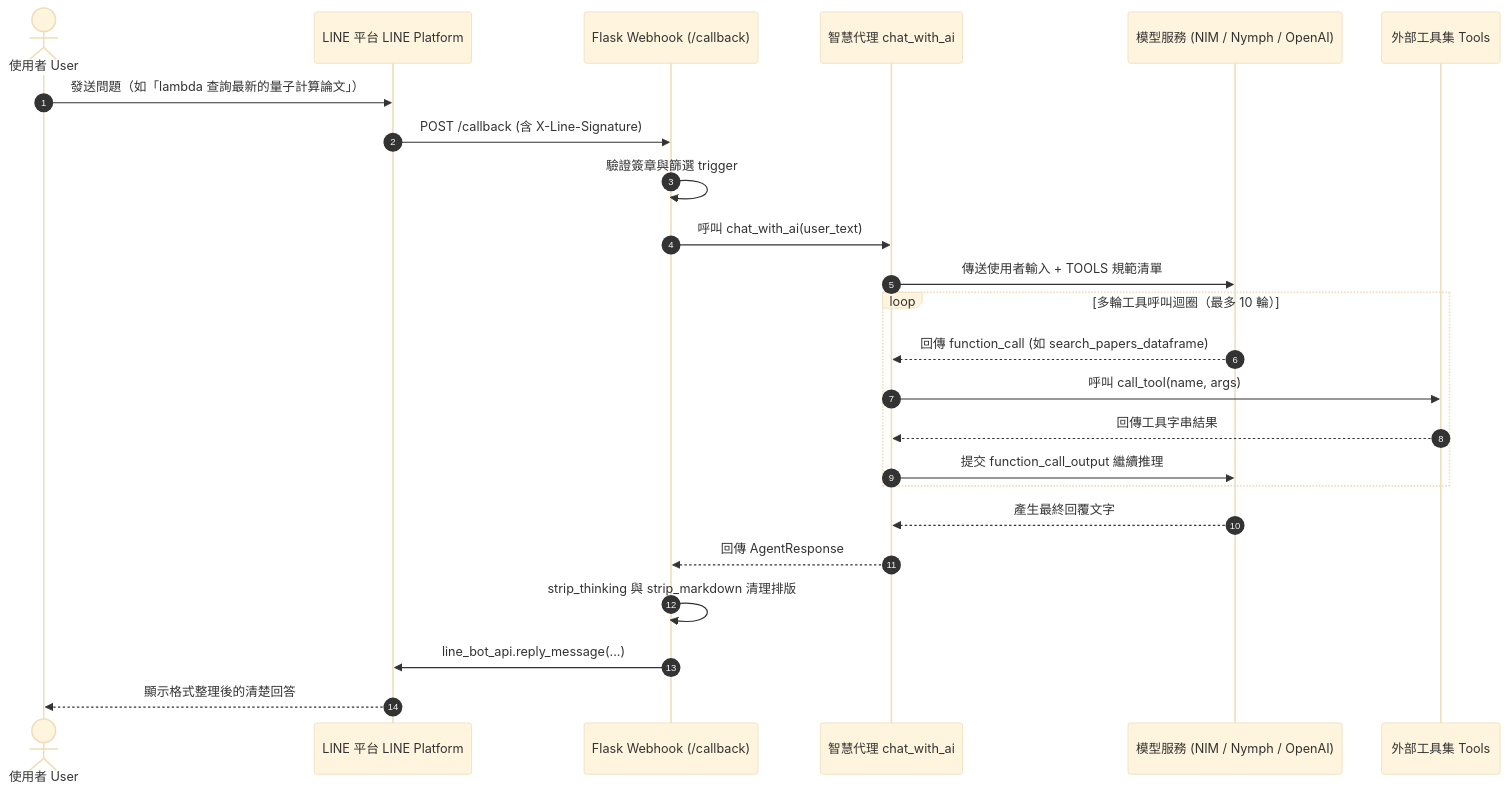
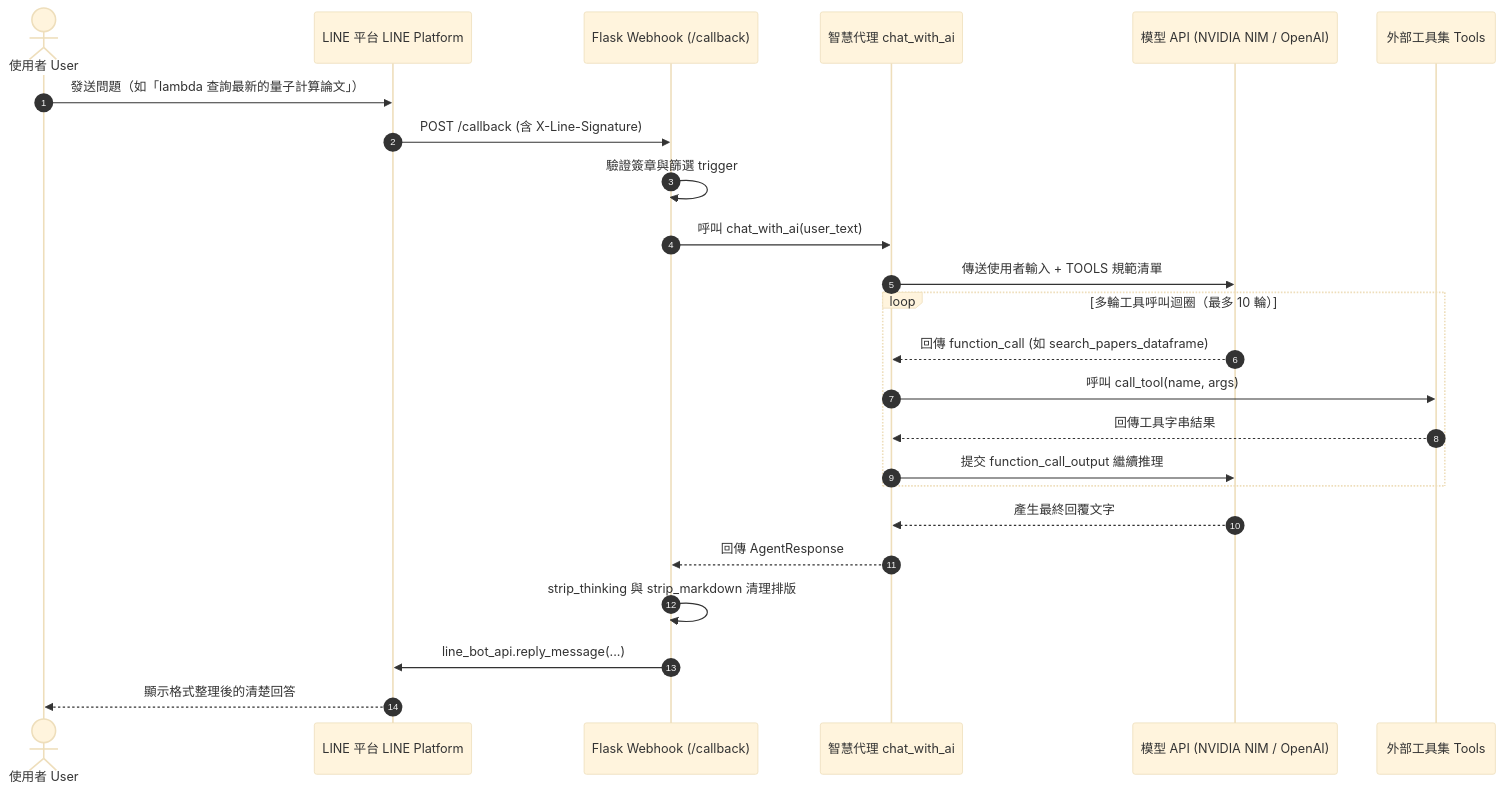
Before and after one commit to ai-tech-tw/lambda: the second of 2 diagrams in README.zh-TW.md, drawn with Mermaid (base theme). The commit also changed other lines of this file and 4 other files, not shown here.

Commit message:
docs: align NVIDIA NIM and Nymph promotion with web-tech-tw/nymph

````diff
--- a/README.zh-TW.md
+++ b/README.zh-TW.md
@@ -118,27 +120,27 @@
 ```mermaid
 sequenceDiagram
     autonumber
     actor User as 使用者 User
     participant LINE as LINE 平台 LINE Platform
     participant Flask as Flask Webhook (/callback)
     participant Agent as 智慧代理 chat_with_ai
-    participant LLM as 模型服務 (NIM / Nymph / OpenAI)
+    participant LLM as 模型 API (NVIDIA NIM / OpenAI)
     participant Tools as 外部工具集 Tools
 
     User->>LINE: 發送問題（如「lambda 查詢最新的量子計算論文」）
     LINE->>Flask: POST /callback (含 X-Line-Signature)
     Flask->>Flask: 驗證簽章與篩選 trigger
     Flask->>Agent: 呼叫 chat_with_ai(user_text)
     Agent->>LLM: 傳送使用者輸入 + TOOLS 規範清單
     loop 多輪工具呼叫迴圈（最多 10 輪）
         LLM-->>Agent: 回傳 function_call (如 search_papers_dataframe)
         Agent->>Tools: 呼叫 call_tool(name, args)
         Tools-->>Agent: 回傳工具字串結果
         Agent->>LLM: 提交 function_call_output 繼續推理
     end
     LLM-->>Agent: 產生最終回覆文字
     Agent-->>Flask: 回傳 AgentResponse
     Flask->>Flask: strip_thinking 與 strip_markdown 清理排版
     Flask->>LINE: line_bot_api.reply_message(...)
     LINE-->>User: 顯示格式整理後的清楚回答
 ```
````
